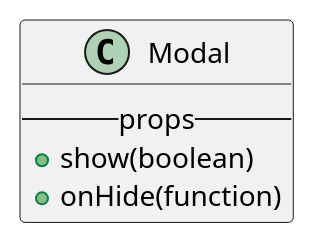
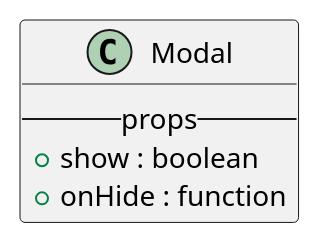
The diagram in react/bootstrap/modal.iuml (M9k/Marvin-Uml), drawn with PlantUML before and after one commit. The commit also changed 10 other files, not shown here.

Commit message:
fix uml standard parte bootstrap

```diff
--- a/react/bootstrap/modal.iuml
+++ b/react/bootstrap/modal.iuml
@@ -1,5 +1,5 @@
 class Modal {
     --props--
-       + show(boolean)
-       + onHide(function)
+       + show : boolean
+       + onHide : function
 }
```
